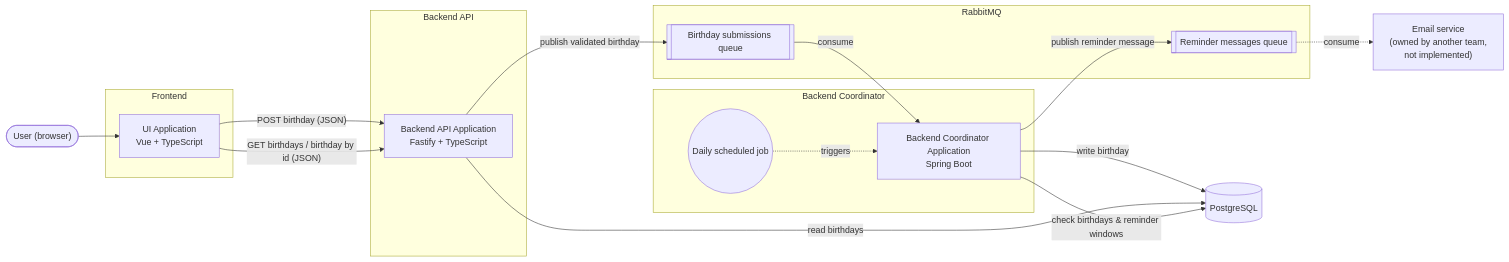
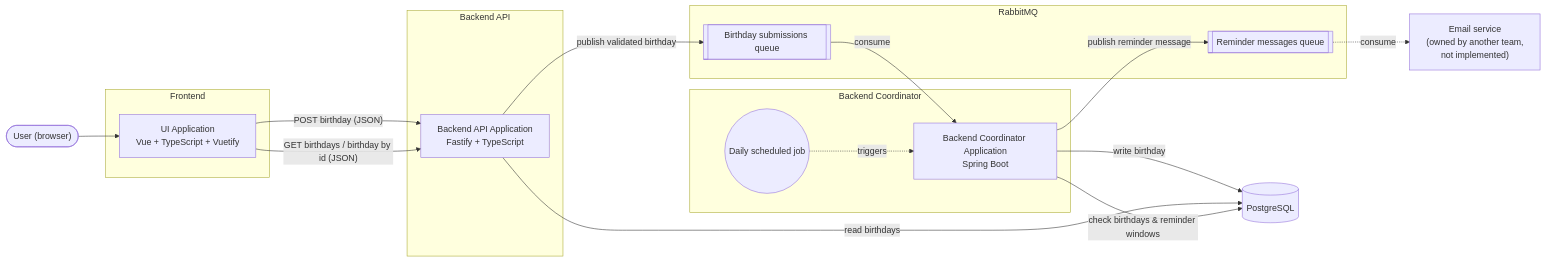
Before and after one commit to s27983080/birthday-tracker: the diagram in README.md, drawn with Mermaid. The commit also changed other lines of this file and 14 other files, not shown here.

````diff
--- a/README.md
+++ b/README.md
@@ -67,38 +67,38 @@
 ```mermaid
 flowchart LR
     user(["User (browser)"])
 
     subgraph frontend["Frontend"]
-        ui["UI Application<br/>Vue + TypeScript"]
+        ui["UI Application<br/>Vue + TypeScript + Vuetify"]
     end
 
     subgraph api_layer["Backend API"]
         api["Backend API Application<br/>Fastify + TypeScript"]
     end
 
     subgraph mq["RabbitMQ"]
         submissions[["Birthday submissions queue"]]
         reminders[["Reminder messages queue"]]
     end
 
     subgraph coordinator_layer["Backend Coordinator"]
         coordinator["Backend Coordinator Application<br/>Spring Boot"]
         scheduler(("Daily scheduled job"))
     end
 
     db[("PostgreSQL")]
 
     email["Email service<br/>(owned by another team,<br/>not implemented)"]
 
     user --> ui
     ui -- "POST birthday (JSON)" --> api
     ui -- "GET birthdays / birthday by id (JSON)" --> api
     api -- "publish validated birthday" --> submissions
     submissions -- "consume" --> coordinator
     coordinator -- "write birthday" --> db
     api -- "read birthdays" --> db
     scheduler -. "triggers" .-> coordinator
     coordinator -- "check birthdays & reminder windows" --> db
     coordinator -- "publish reminder message" --> reminders
     reminders -. "consume" .-> email
 ```
````
